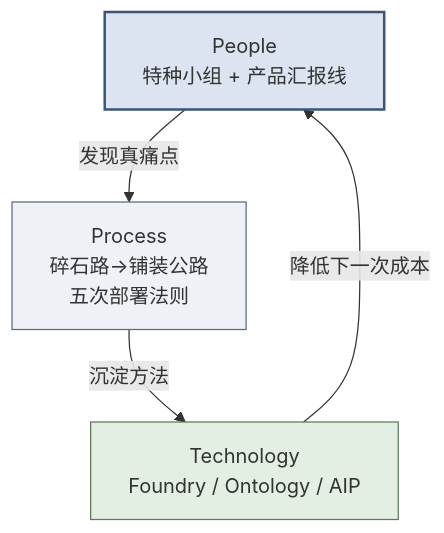
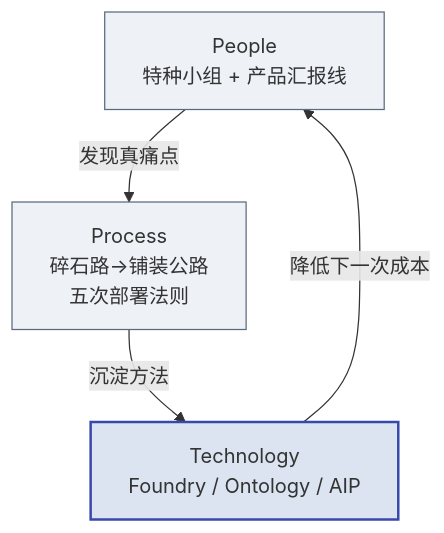
The second of 2 diagrams in textbook/第04章_Palantir经典案例集.md (cloudzun/fde-course), drawn with Mermaid before and after one commit. The commit also changed other lines of this file and 12 other files, not shown here.

Commit message:
style: 全库21张mermaid图规范化——节点ID语义化+品牌色统一+补齐图注，第11章新增反馈环路图

````diff
--- a/textbook/第04章_Palantir经典案例集.md
+++ b/textbook/第04章_Palantir经典案例集.md
@@ -145,10 +147,10 @@
 ```mermaid
 graph TD
     PE["People<br/>特种小组 + 产品汇报线"] -->|发现真痛点| PR["Process<br/>碎石路→铺装公路<br/>五次部署法则"]
     PR -->|沉淀方法| TE["Technology<br/>Foundry / Ontology / AIP"]
     TE -->|降低下一次成本| PE
 
-    style PE fill:#dbe4f0,stroke:#3a5578,stroke-width:2px
+    style PE fill:#eef2f7,stroke:#5a6b7f
     style PR fill:#eef2f7,stroke:#5a6b7f
-    style TE fill:#e4efe4,stroke:#5b7a5b
+    style TE fill:#dbe4f0,stroke:#3949ab,stroke-width:2px
 ```
````
